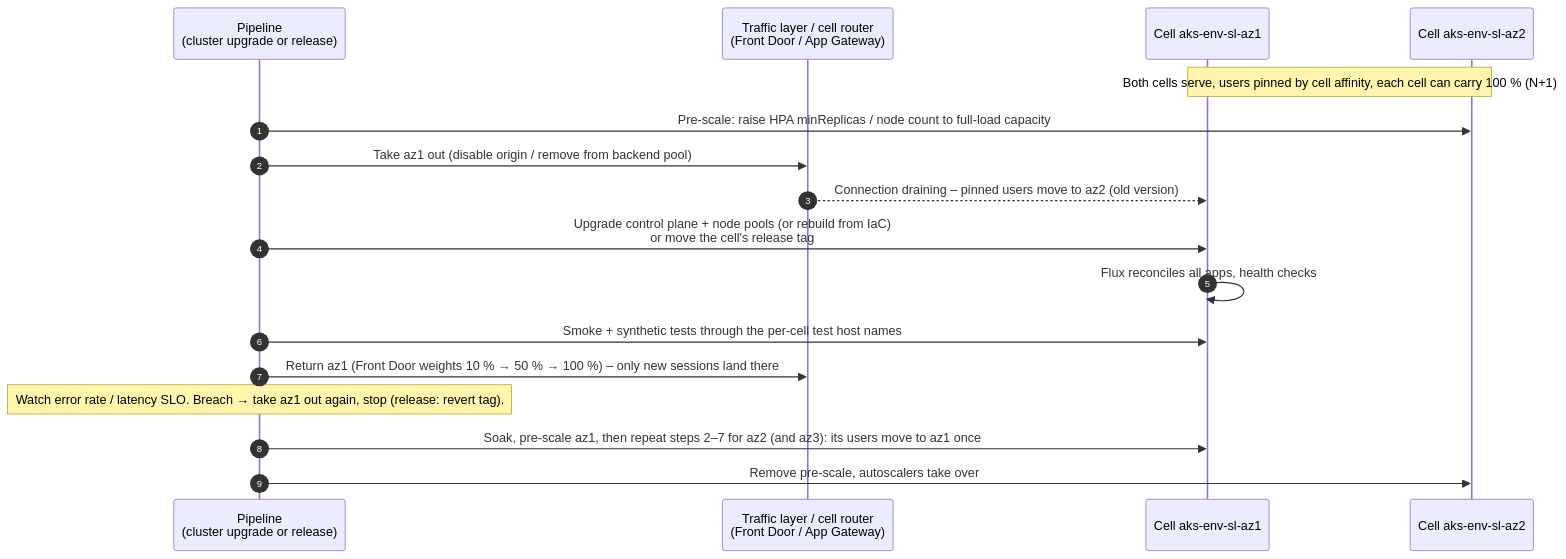
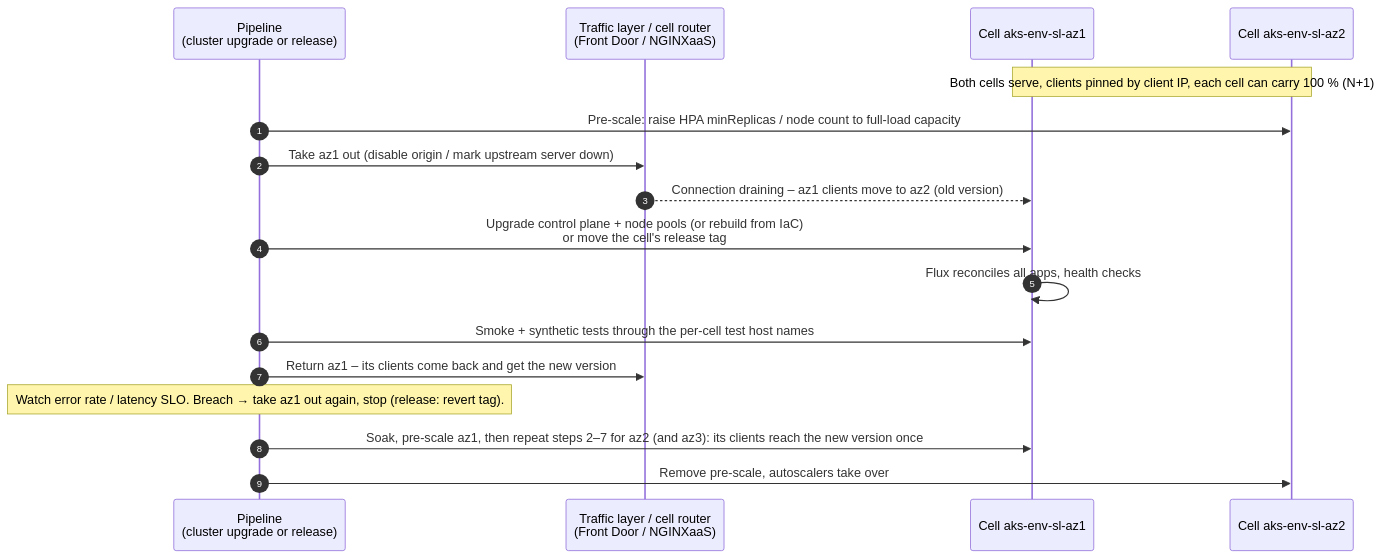
Before and after one commit to olljanat-ai/aks-design: the diagram in diagrams/11-stateless-upgrade.mmd, drawn with Mermaid. The commit also changed 10 other files, not shown here.

First line of the commit message:
Pin clients to a cell by client IP instead of cookies

```diff
--- a/diagrams/11-stateless-upgrade.mmd
+++ b/diagrams/11-stateless-upgrade.mmd
@@ -1,19 +1,19 @@
 %% Zero-downtime change of the cells (stateless clusters): one cell at a time is drained from the traffic layer,
 %% changed (cluster upgrade, rebuild or application release), verified and put back. Same pipeline in dev, acc, prd.
 sequenceDiagram
     autonumber
     participant P as Pipeline<br/>(cluster upgrade or release)
-    participant T as Traffic layer / cell router<br/>(Front Door / App Gateway)
+    participant T as Traffic layer / cell router<br/>(Front Door / NGINXaaS)
     participant A as Cell aks-env-sl-az1
     participant B as Cell aks-env-sl-az2
-    Note over A,B: Both cells serve, users pinned by cell affinity, each cell can carry 100 % (N+1)
+    Note over A,B: Both cells serve, clients pinned by client IP, each cell can carry 100 % (N+1)
     P->>B: Pre-scale: raise HPA minReplicas / node count to full-load capacity
-    P->>T: Take az1 out (disable origin / remove from backend pool)
-    T-->>A: Connection draining – pinned users move to az2 (old version)
+    P->>T: Take az1 out (disable origin / mark upstream server down)
+    T-->>A: Connection draining – az1 clients move to az2 (old version)
     P->>A: Upgrade control plane + node pools (or rebuild from IaC)<br/>or move the cell's release tag
     A->>A: Flux reconciles all apps, health checks
     P->>A: Smoke + synthetic tests through the per-cell test host names
-    P->>T: Return az1 (Front Door weights 10 % → 50 % → 100 %) – only new sessions land there
+    P->>T: Return az1 – its clients come back and get the new version
     Note over P: Watch error rate / latency SLO. Breach → take az1 out again, stop (release: revert tag).
-    P->>A: Soak, pre-scale az1, then repeat steps 2–7 for az2 (and az3): its users move to az1 once
+    P->>A: Soak, pre-scale az1, then repeat steps 2–7 for az2 (and az3): its clients reach the new version once
     P->>B: Remove pre-scale, autoscalers take over
```
